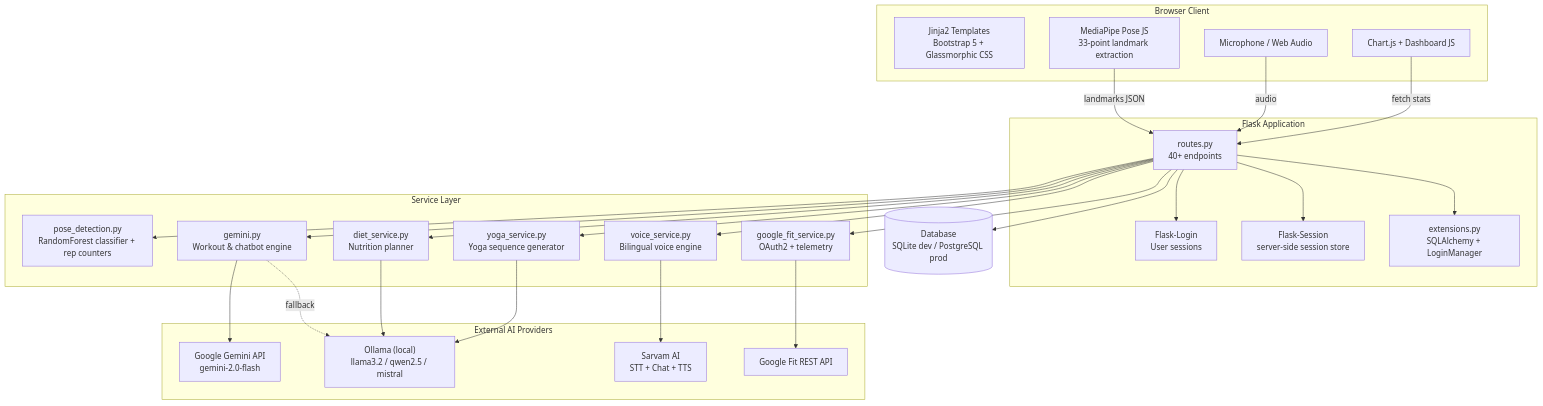
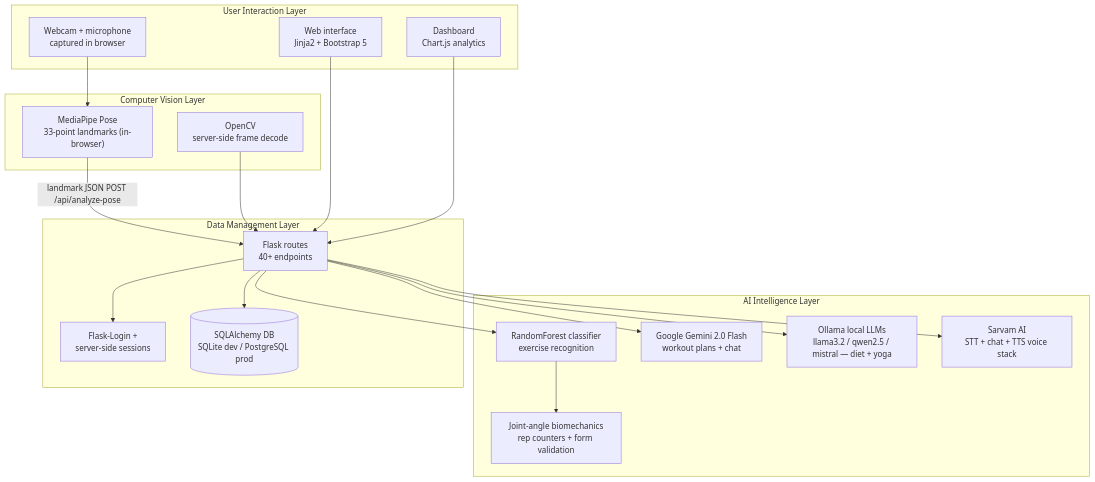
One commit to rishabhverma007/VISION-FIT-AI changed the first of 10 diagrams in README.md. Above: the diagram before and after it, drawn with Mermaid. The commit also changed other lines of this file, not shown here.

First line of the commit message:
Restructure README to mirror project synopsis with verified data

````diff
--- a/README.md
+++ b/README.md
@@ -32,54 +151,40 @@
 ```mermaid
 flowchart TD
-    subgraph Client["Browser Client"]
-        UI["Jinja2 Templates<br/>Bootstrap 5 + Glassmorphic CSS"]
-        MP["MediaPipe Pose JS<br/>33-point landmark extraction"]
-        JS["Chart.js + Dashboard JS"]
-        MIC["Microphone / Web Audio"]
+    subgraph L1["User Interaction Layer"]
+        UI["Web interface<br/>Jinja2 + Bootstrap 5"]
+        CAM["Webcam + microphone<br/>captured in browser"]
+        DASH["Dashboard<br/>Chart.js analytics"]
     end
 
-    subgraph Server["Flask Application"]
-        RT["routes.py<br/>40+ endpoints"]
-        AUTH["Flask-Login<br/>User sessions"]
-        SS["Flask-Session<br/>server-side session store"]
-        EXT["extensions.py<br/>SQLAlchemy + LoginManager"]
+    subgraph L2["Computer Vision Layer"]
+        MP["MediaPipe Pose<br/>33-point landmarks (in-browser)"]
+        CV["OpenCV<br/>server-side frame decode"]
     end
 
-    subgraph Services["Service Layer"]
-        POSE["pose_detection.py<br/>RandomForest classifier + rep counters"]
-        GEM["gemini.py<br/>Workout & chatbot engine"]
-        DIET["diet_service.py<br/>Nutrition planner"]
-        YOGA["yoga_service.py<br/>Yoga sequence generator"]
-        VOICE["voice_service.py<br/>Bilingual voice engine"]
-        GFIT["google_fit_service.py<br/>OAuth2 + telemetry"]
+    subgraph L3["AI Intelligence Layer"]
+        ML["RandomForest classifier<br/>exercise recognition"]
+        BIO["Joint-angle biomechanics<br/>rep counters + form validation"]
+        GEM["Google Gemini 2.0 Flash<br/>workout plans + chat"]
+        OLL["Ollama local LLMs<br/>llama3.2 / qwen2.5 / mistral — diet + yoga"]
+        SV["Sarvam AI<br/>STT + chat + TTS voice stack"]
     end
 
-    subgraph Providers["External AI Providers"]
-        GAPI["Google Gemini API<br/>gemini-2.0-flash"]
-        OLL["Ollama (local)<br/>llama3.2 / qwen2.5 / mistral"]
-        SAR["Sarvam AI<br/>STT + Chat + TTS"]
-        GFAPI["Google Fit REST API"]
+    subgraph L4["Data Management Layer"]
+        FL["Flask routes<br/>40+ endpoints"]
+        AUTH["Flask-Login +<br/>server-side sessions"]
+        DB[("SQLAlchemy DB<br/>SQLite dev / PostgreSQL prod")]
     end
 
-    DB[("Database<br/>SQLite dev / PostgreSQL prod")]
-
-    MP -->|landmarks JSON| RT
-    MIC -->|audio| RT
-    JS -->|fetch stats| RT
-    RT --> AUTH
-    RT --> SS
-    RT --> EXT
-    RT --> POSE
-    RT --> GEM
-    RT --> DIET
-    RT --> YOGA
-    RT --> VOICE
-    RT --> GFIT
-    RT --> DB
-    GEM --> GAPI
-    GEM -. "fallback" .-> OLL
-    DIET --> OLL
-    YOGA --> OLL
-    VOICE --> SAR
-    GFIT --> GFAPI
+    CAM --> MP
+    MP -->|"landmark JSON POST /api/analyze-pose"| FL
+    CV --> FL
+    UI --> FL
+    DASH --> FL
+    FL --> AUTH
+    FL --> DB
+    FL --> ML
+    ML --> BIO
+    FL --> GEM
+    FL --> OLL
+    FL --> SV
 ```
````
